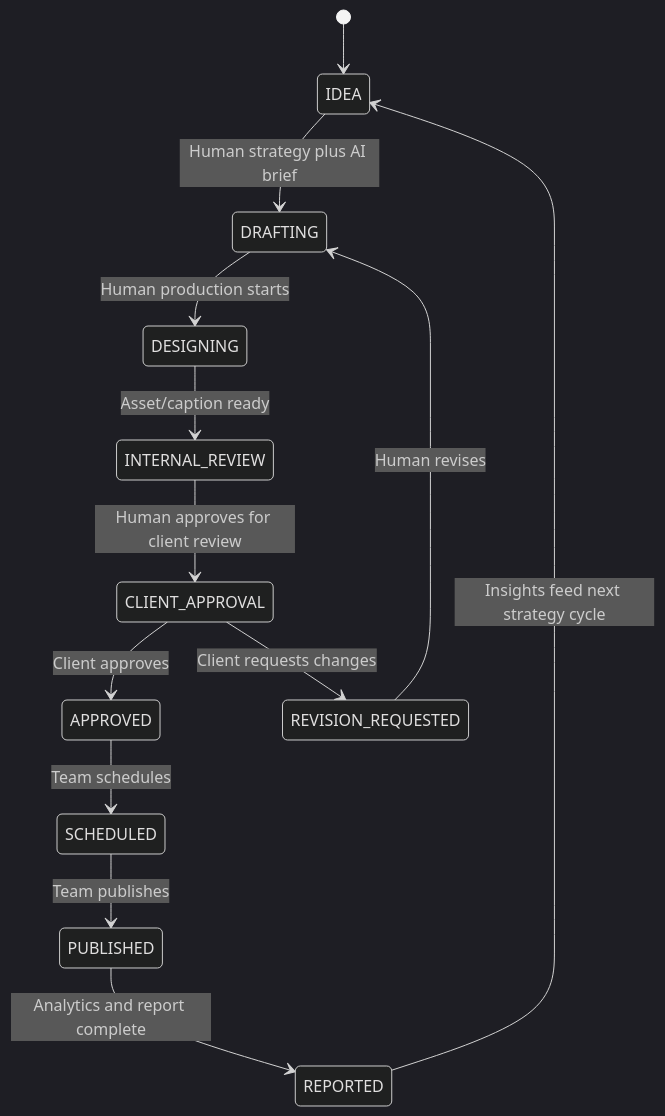
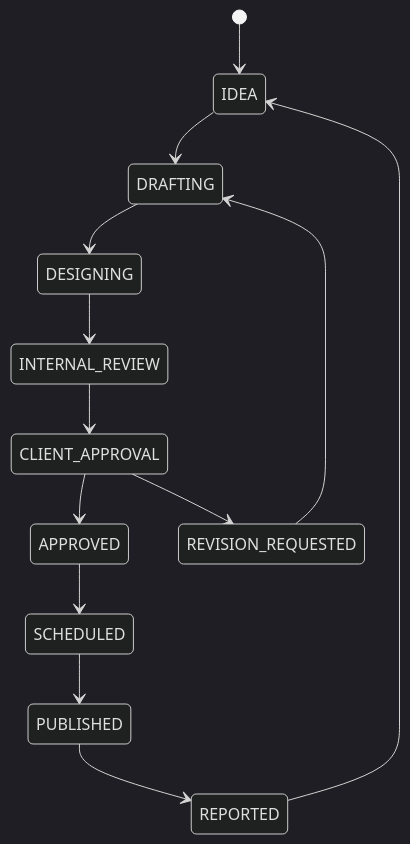
Before and after one commit to pxl-lgp/.github: the third of 3 diagrams in profile/README.md, drawn with Mermaid (dark theme). The commit also changed other lines of this file, not shown here.

````diff
--- a/profile/README.md
+++ b/profile/README.md
@@ -138,15 +234,15 @@
 ```mermaid
 stateDiagram-v2
   [*] --> IDEA
-  IDEA --> DRAFTING: Human strategy plus AI brief
-  DRAFTING --> DESIGNING: Human production starts
-  DESIGNING --> INTERNAL_REVIEW: Asset/caption ready
-  INTERNAL_REVIEW --> CLIENT_APPROVAL: Human approves for client review
-  CLIENT_APPROVAL --> APPROVED: Client approves
-  CLIENT_APPROVAL --> REVISION_REQUESTED: Client requests changes
-  REVISION_REQUESTED --> DRAFTING: Human revises
-  APPROVED --> SCHEDULED: Team schedules
-  SCHEDULED --> PUBLISHED: Team publishes
-  PUBLISHED --> REPORTED: Analytics and report complete
-  REPORTED --> IDEA: Insights feed next strategy cycle
+  IDEA --> DRAFTING
+  DRAFTING --> DESIGNING
+  DESIGNING --> INTERNAL_REVIEW
+  INTERNAL_REVIEW --> CLIENT_APPROVAL
+  CLIENT_APPROVAL --> APPROVED
+  CLIENT_APPROVAL --> REVISION_REQUESTED
+  REVISION_REQUESTED --> DRAFTING
+  APPROVED --> SCHEDULED
+  SCHEDULED --> PUBLISHED
+  PUBLISHED --> REPORTED
+  REPORTED --> IDEA
 ```
````
